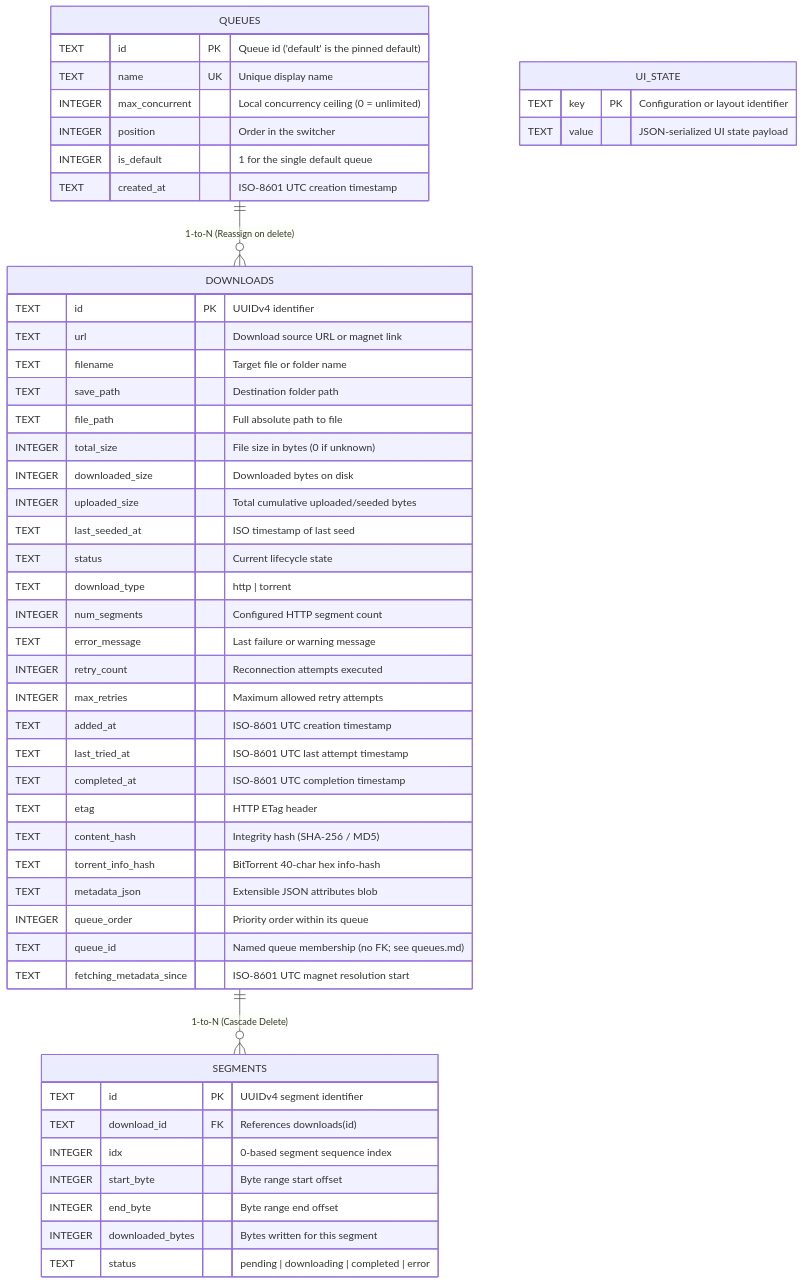
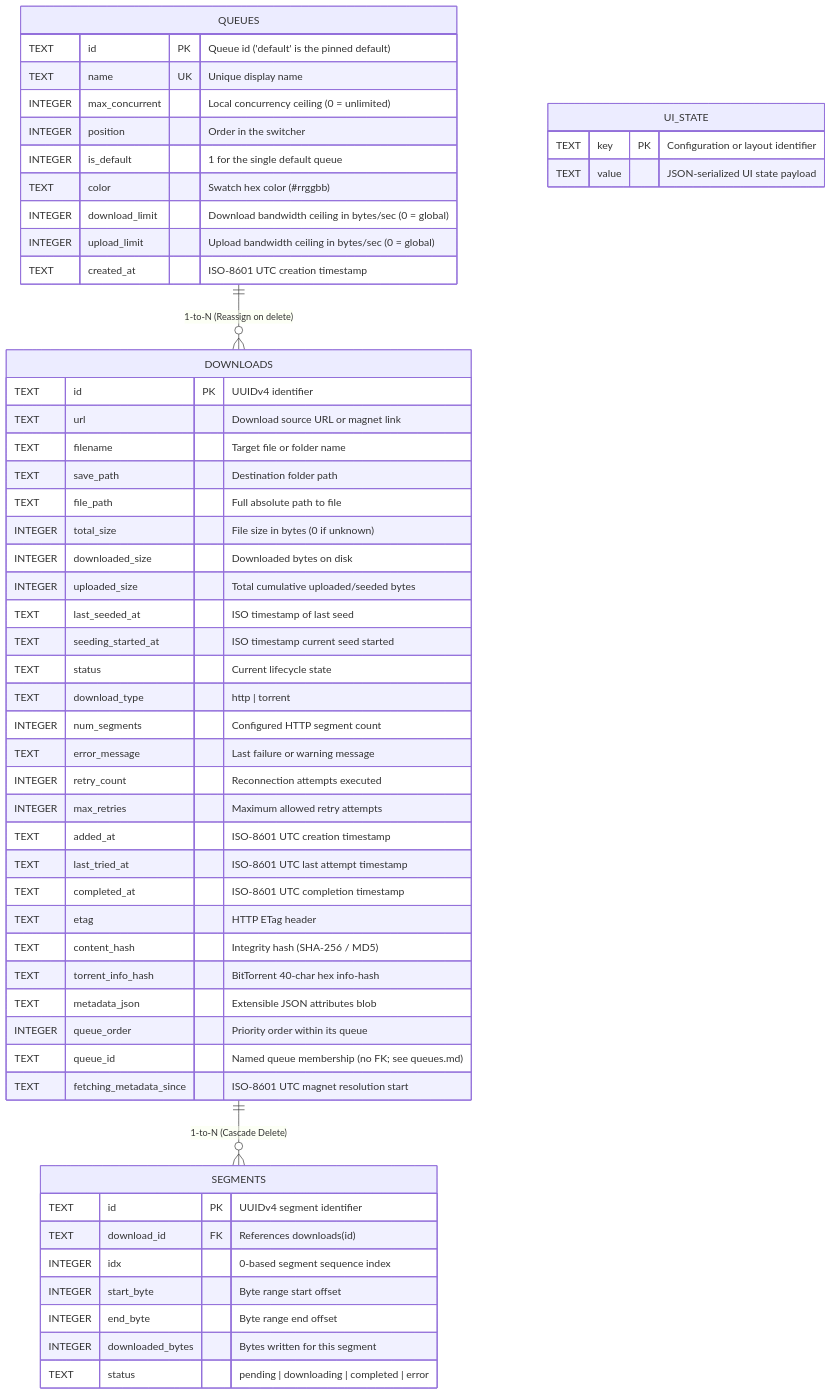
The diagram in docs/architecture/database.md (rakeshmalik91/my-idm), drawn with Mermaid before and after one commit. The commit also changed other lines of this file and 5 other files, not shown here.

````diff
--- a/docs/architecture/database.md
+++ b/docs/architecture/database.md
@@ -27,57 +27,61 @@
 ```mermaid
 erDiagram
     DOWNLOADS ||--o{ SEGMENTS : "1-to-N (Cascade Delete)"
     QUEUES ||--o{ DOWNLOADS : "1-to-N (Reassign on delete)"
 
     QUEUES {
         TEXT id PK "Queue id ('default' is the pinned default)"
         TEXT name UK "Unique display name"
         INTEGER max_concurrent "Local concurrency ceiling (0 = unlimited)"
         INTEGER position "Order in the switcher"
         INTEGER is_default "1 for the single default queue"
+        TEXT color "Swatch hex color (#rrggbb)"
+        INTEGER download_limit "Download bandwidth ceiling in bytes/sec (0 = global)"
+        INTEGER upload_limit "Upload bandwidth ceiling in bytes/sec (0 = global)"
         TEXT created_at "ISO-8601 UTC creation timestamp"
     }
 
     DOWNLOADS {
         TEXT id PK "UUIDv4 identifier"
         TEXT url "Download source URL or magnet link"
         TEXT filename "Target file or folder name"
         TEXT save_path "Destination folder path"
         TEXT file_path "Full absolute path to file"
         INTEGER total_size "File size in bytes (0 if unknown)"
         INTEGER downloaded_size "Downloaded bytes on disk"
-         INTEGER uploaded_size "Total cumulative uploaded/seeded bytes"
-         TEXT last_seeded_at "ISO timestamp of last seed"
+        INTEGER uploaded_size "Total cumulative uploaded/seeded bytes"
+        TEXT last_seeded_at "ISO timestamp of last seed"
+        TEXT seeding_started_at "ISO timestamp current seed started"
         TEXT status "Current lifecycle state"
         TEXT download_type "http | torrent"
         INTEGER num_segments "Configured HTTP segment count"
         TEXT error_message "Last failure or warning message"
         INTEGER retry_count "Reconnection attempts executed"
         INTEGER max_retries "Maximum allowed retry attempts"
         TEXT added_at "ISO-8601 UTC creation timestamp"
         TEXT last_tried_at "ISO-8601 UTC last attempt timestamp"
         TEXT completed_at "ISO-8601 UTC completion timestamp"
         TEXT etag "HTTP ETag header"
         TEXT content_hash "Integrity hash (SHA-256 / MD5)"
         TEXT torrent_info_hash "BitTorrent 40-char hex info-hash"
         TEXT metadata_json "Extensible JSON attributes blob"
         INTEGER queue_order "Priority order within its queue"
         TEXT queue_id "Named queue membership (no FK; see queues.md)"
         TEXT fetching_metadata_since "ISO-8601 UTC magnet resolution start"
     }
 
     SEGMENTS {
         TEXT id PK "UUIDv4 segment identifier"
         TEXT download_id FK "References downloads(id)"
         INTEGER idx "0-based segment sequence index"
         INTEGER start_byte "Byte range start offset"
         INTEGER end_byte "Byte range end offset"
         INTEGER downloaded_bytes "Bytes written for this segment"
         TEXT status "pending | downloading | completed | error"
     }
 
     UI_STATE {
         TEXT key PK "Configuration or layout identifier"
         TEXT value "JSON-serialized UI state payload"
     }
 ```
````
